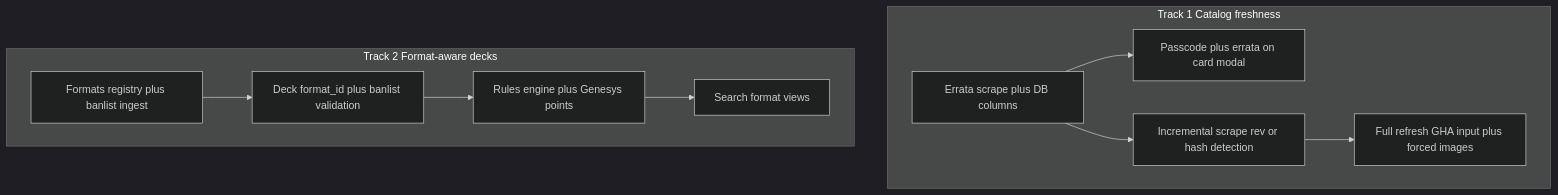
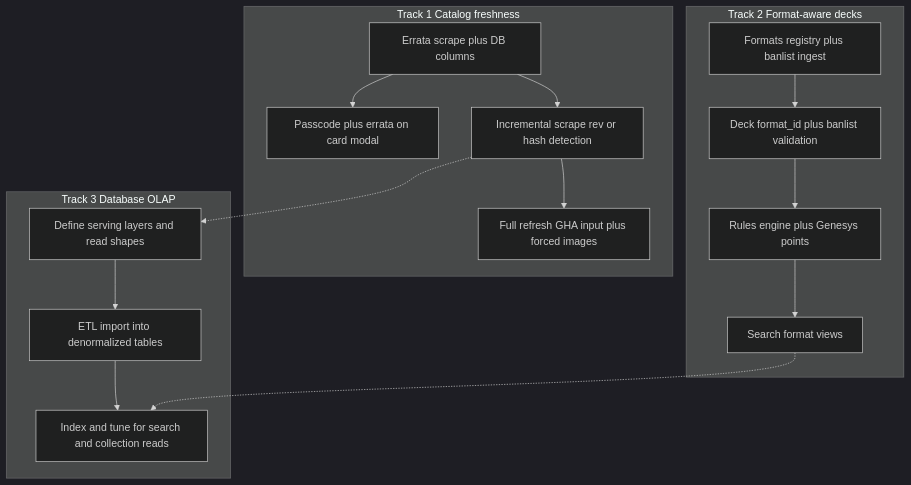
One commit to egera24/YGO-DB changed the diagram in future_must_have_features.md. Above: the diagram before and after it, drawn with Mermaid (dark theme). The commit also changed other lines of this file, not shown here.

````diff
--- a/future_must_have_features.md
+++ b/future_must_have_features.md
@@ -292,18 +328,26 @@
 ```mermaid
 flowchart TB
   subgraph trackCatalog [Track 1 Catalog freshness]
     C1[Errata scrape plus DB columns]
     C2[Passcode plus errata on card modal]
     C3[Incremental scrape rev or hash detection]
     C4[Full refresh GHA input plus forced images]
     C1 --> C2
     C1 --> C3 --> C4
   end
   subgraph trackFormats [Track 2 Format-aware decks]
     F1[Formats registry plus banlist ingest]
     F2[Deck format_id plus banlist validation]
     F3[Rules engine plus Genesys points]
     F4[Search format views]
     F1 --> F2 --> F3 --> F4
   end
+  subgraph trackData [Track 3 Database OLAP]
+    D1[Define serving layers and read shapes]
+    D2[ETL import into denormalized tables]
+    D3[Index and tune for search and collection reads]
+    D1 --> D2 --> D3
+  end
+  C3 -.-> D1
+  F4 -.-> D3
 ```
````
